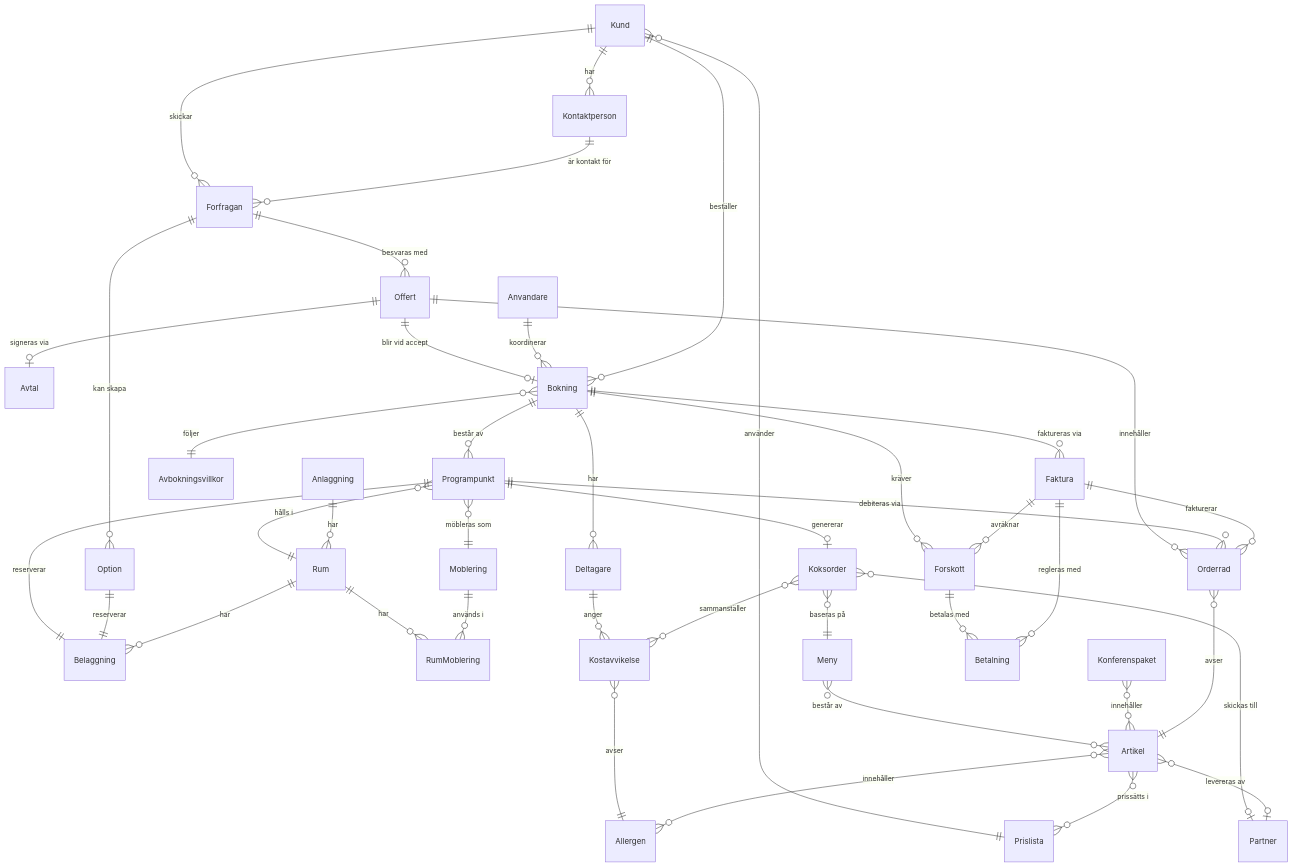
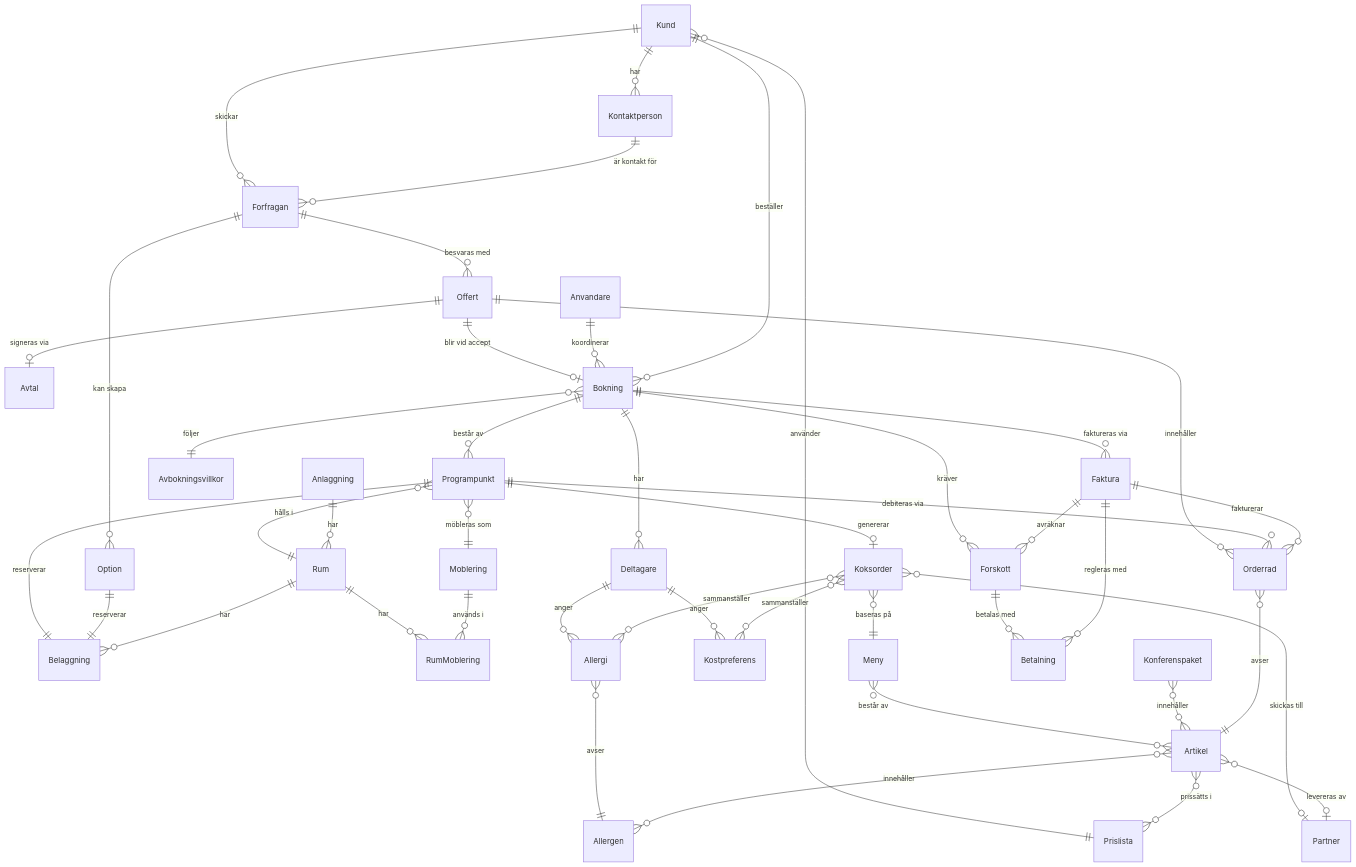
The diagram in docs/domanmodell.md (simpel/bibi), drawn with Mermaid before and after one commit. The commit also changed other lines of this file and 4 other files, not shown here.

First line of the commit message:
Split Kostavvikelse into Allergi and Kostpreferens (ADR 0011)

````diff
--- a/docs/domanmodell.md
+++ b/docs/domanmodell.md
@@ -13,44 +13,46 @@
 ```mermaid
 erDiagram
   Kund ||--o{ Kontaktperson : "har"
   Kund ||--o{ Forfragan : "skickar"
   Kontaktperson ||--o{ Forfragan : "är kontakt för"
   Kund }o--|| Prislista : "använder"
   Forfragan ||--o{ Offert : "besvaras med"
   Forfragan ||--o{ Option : "kan skapa"
   Offert ||--o| Avtal : "signeras via"
   Offert ||--o| Bokning : "blir vid accept"
   Offert ||--o{ Orderrad : "innehåller"
   Bokning ||--o{ Programpunkt : "består av"
   Bokning ||--o{ Deltagare : "har"
   Bokning }o--|| Avbokningsvillkor : "följer"
   Bokning ||--o{ Forskott : "kräver"
   Bokning ||--o{ Faktura : "faktureras via"
   Anvandare ||--o{ Bokning : "koordinerar"
   Kund ||--o{ Bokning : "beställer"
   Programpunkt }o--|| Rum : "hålls i"
   Programpunkt }o--|| Moblering : "möbleras som"
   Programpunkt ||--o{ Orderrad : "debiteras via"
   Programpunkt ||--o| Koksorder : "genererar"
   Programpunkt ||--|| Belaggning : "reserverar"
   Option ||--|| Belaggning : "reserverar"
   Anlaggning ||--o{ Rum : "har"
   Rum ||--o{ RumMoblering : "har"
   Moblering ||--o{ RumMoblering : "används i"
   Rum ||--o{ Belaggning : "har"
-  Deltagare ||--o{ Kostavvikelse : "anger"
-  Kostavvikelse }o--|| Allergen : "avser"
+  Deltagare ||--o{ Allergi : "anger"
+  Allergi }o--|| Allergen : "avser"
+  Deltagare ||--o{ Kostpreferens : "anger"
   Artikel }o--o{ Allergen : "innehåller"
   Meny }o--o{ Artikel : "består av"
   Konferenspaket }o--o{ Artikel : "innehåller"
   Orderrad }o--|| Artikel : "avser"
   Artikel }o--o{ Prislista : "prissätts i"
   Koksorder }o--|| Meny : "baseras på"
-  Koksorder }o--o{ Kostavvikelse : "sammanställer"
+  Koksorder }o--o{ Allergi : "sammanställer"
+  Koksorder }o--o{ Kostpreferens : "sammanställer"
   Koksorder }o--o| Partner : "skickas till"
   Artikel }o--o| Partner : "levereras av"
   Forskott ||--o{ Betalning : "betalas med"
   Faktura ||--o{ Betalning : "regleras med"
   Faktura ||--o{ Orderrad : "fakturerar"
   Faktura ||--o{ Forskott : "avräknar"
 ```
````
